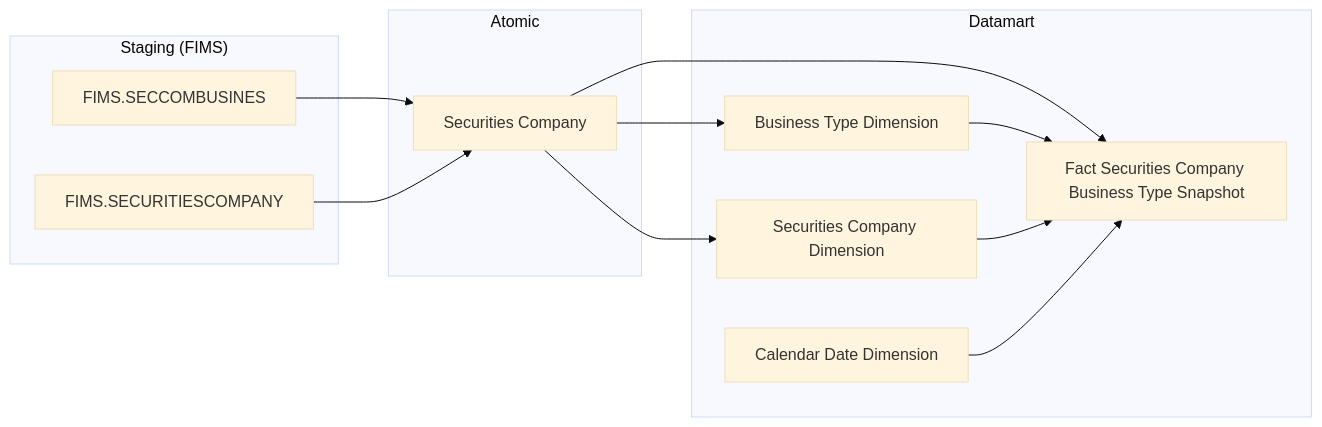
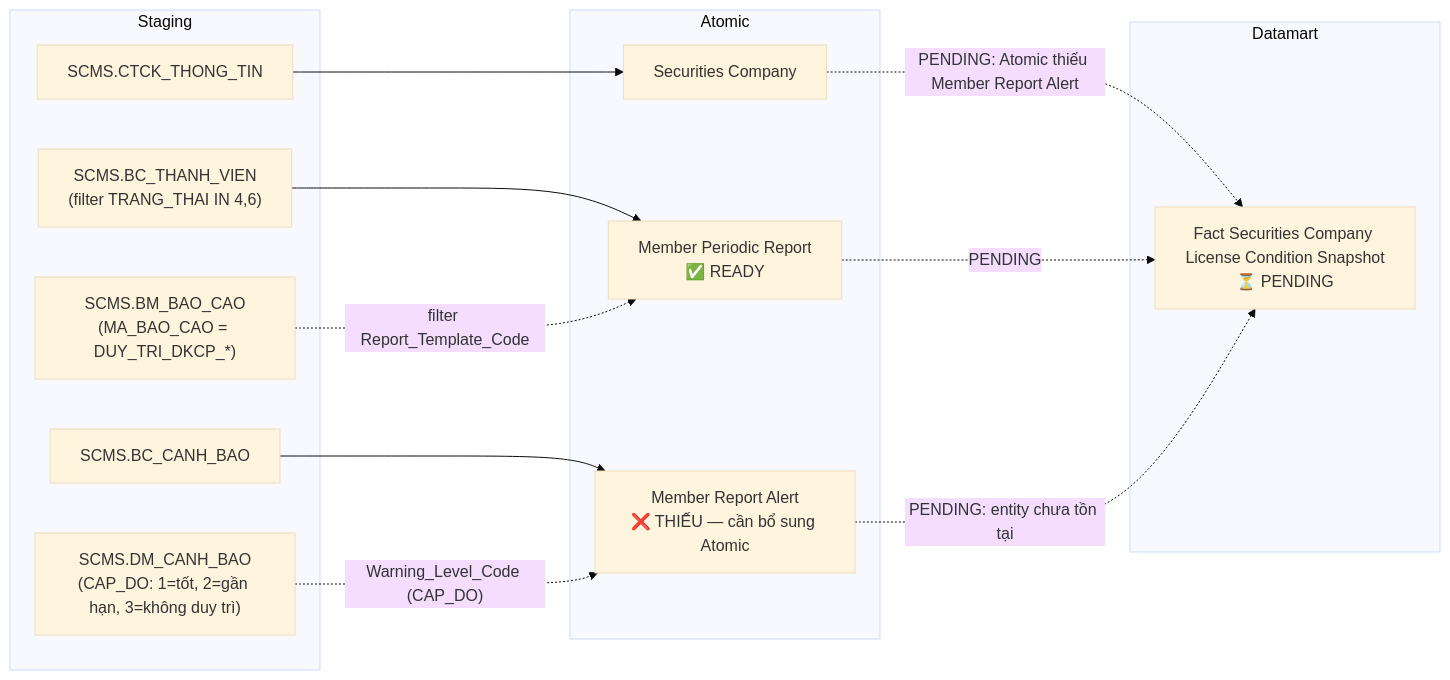
The third of 40 diagrams in Datamart/hld/DTM_QLKD_HLD.md (linhlvit/ubck_atomic_design), drawn with Mermaid (base theme) before and after one commit. The commit also changed other lines of this file and 7 other files, not shown here.

````diff
--- a/Datamart/hld/DTM_QLKD_HLD.md
+++ b/Datamart/hld/DTM_QLKD_HLD.md
@@ -91,29 +100,30 @@
 ```mermaid
 flowchart LR
-    subgraph SRC["Staging (FIMS)"]
-        S1["FIMS.SECCOMBUSINES"]
-        S2["FIMS.SECURITIESCOMPANY"]
+    subgraph SRC["Staging"]
+        S1["SCMS.CTCK_THONG_TIN"]
+        S2["SCMS.BC_CANH_BAO"]
+        S3["SCMS.DM_CANH_BAO\n(CAP_DO: 1=tốt, 2=gần hạn, 3=không duy trì)"]
+        S4["SCMS.BC_THANH_VIEN\n(filter TRANG_THAI IN 4,6)"]
+        S5["SCMS.BM_BAO_CAO\n(MA_BAO_CAO = DUY_TRI_DKCP_*)"]
     end
 
     subgraph SIL["Atomic"]
         SV1["Securities Company"]
+        SV2["Member Periodic Report\n✅ READY"]
+        SV3["Member Report Alert\n❌ THIẾU — cần bổ sung Atomic"]
     end
 
     subgraph Datamart["Datamart"]
-        G1["Fact Securities Company Business Type Snapshot"]
-        G2["Business Type Dimension"]
-        G3["Securities Company Dimension"]
-        G4["Calendar Date Dimension"]
+        G1["Fact Securities Company License Condition Snapshot\n⏳ PENDING"]
     end
 
     S1 --> SV1
-    S2 --> SV1
+    S4 --> SV2
+    S5 -.->|"filter Report_Template_Code"| SV2
+    S2 --> SV3
+    S3 -.->|"Warning_Level_Code (CAP_DO)"| SV3
 
-    SV1 --> G1
-    SV1 --> G2
-    SV1 --> G3
-
-    G2 --> G1
-    G3 --> G1
-    G4 --> G1
+    SV1 -.->|"PENDING: Atomic thiếu Member Report Alert"| G1
+    SV2 -.->|PENDING| G1
+    SV3 -.->|"PENDING: entity chưa tồn tại"| G1
 ```
````
